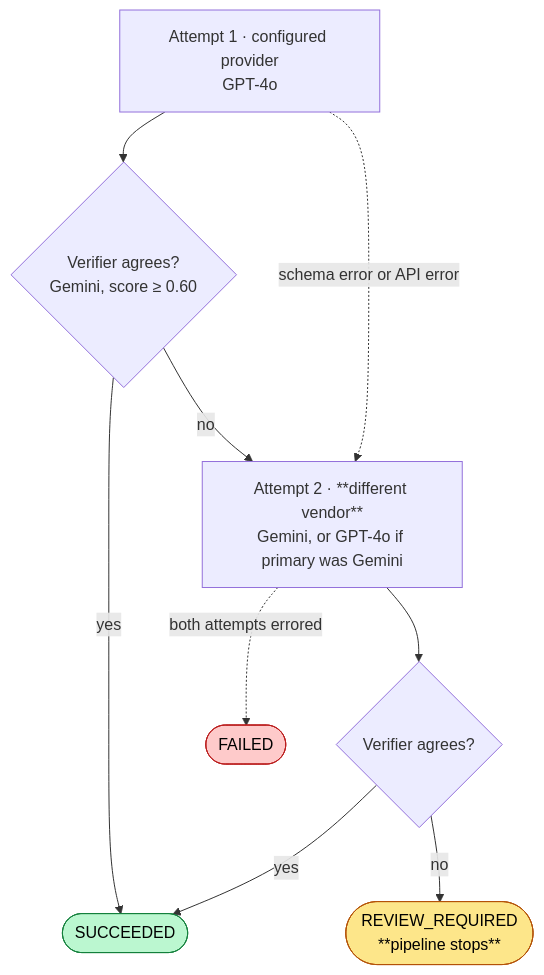
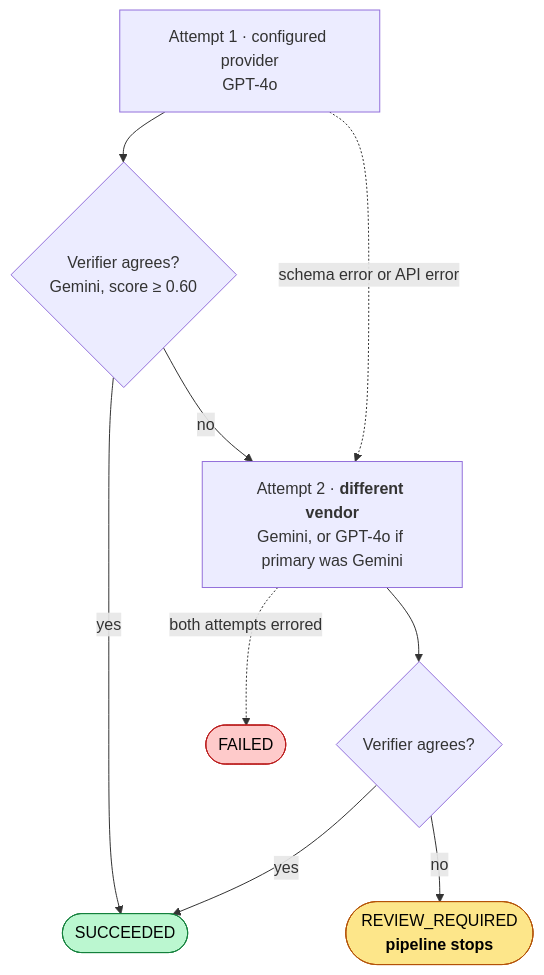
Before and after one commit to ClosetTheory/Closet-theory-pipeline: the third of 8 diagrams in docs/PIPELINES.md, drawn with Mermaid. The commit also changed other lines of this file and 8 other files, not shown here.

First line of the commit message:
Add a Pipeline Info tab with live, interactive diagrams

````diff
--- a/docs/PIPELINES.md
+++ b/docs/PIPELINES.md
@@ -211,16 +211,16 @@
 ```mermaid
 flowchart TD
-    A1[Attempt 1 · configured provider<br/>GPT-4o] --> V1{Verifier agrees?<br/>Gemini, score ≥ 0.60}
+    A1["Attempt 1 · configured provider<br/>GPT-4o"] --> V1{"Verifier agrees?<br/>Gemini, score ≥ 0.60"}
     V1 -->|yes| OK([SUCCEEDED])
-    V1 -->|no| A2[Attempt 2 · **different vendor**<br/>Gemini, or GPT-4o if primary was Gemini]
+    V1 -->|no| A2["Attempt 2 · <b>different vendor</b><br/>Gemini, or GPT-4o if primary was Gemini"]
     A2 --> V2{Verifier agrees?}
     V2 -->|yes| OK
-    V2 -->|no| RV([REVIEW_REQUIRED<br/>**pipeline stops**])
+    V2 -->|no| RV(["REVIEW_REQUIRED<br/><b>pipeline stops</b>"])
 
     A1 -.schema error or API error.-> A2
     A2 -.both attempts errored.-> FL([FAILED])
 
     style OK fill:#bbf7d0,stroke:#15803d,color:#000
     style RV fill:#fde68a,stroke:#b45309,color:#000
     style FL fill:#fecaca,stroke:#b91c1c,color:#000
 ```
````
